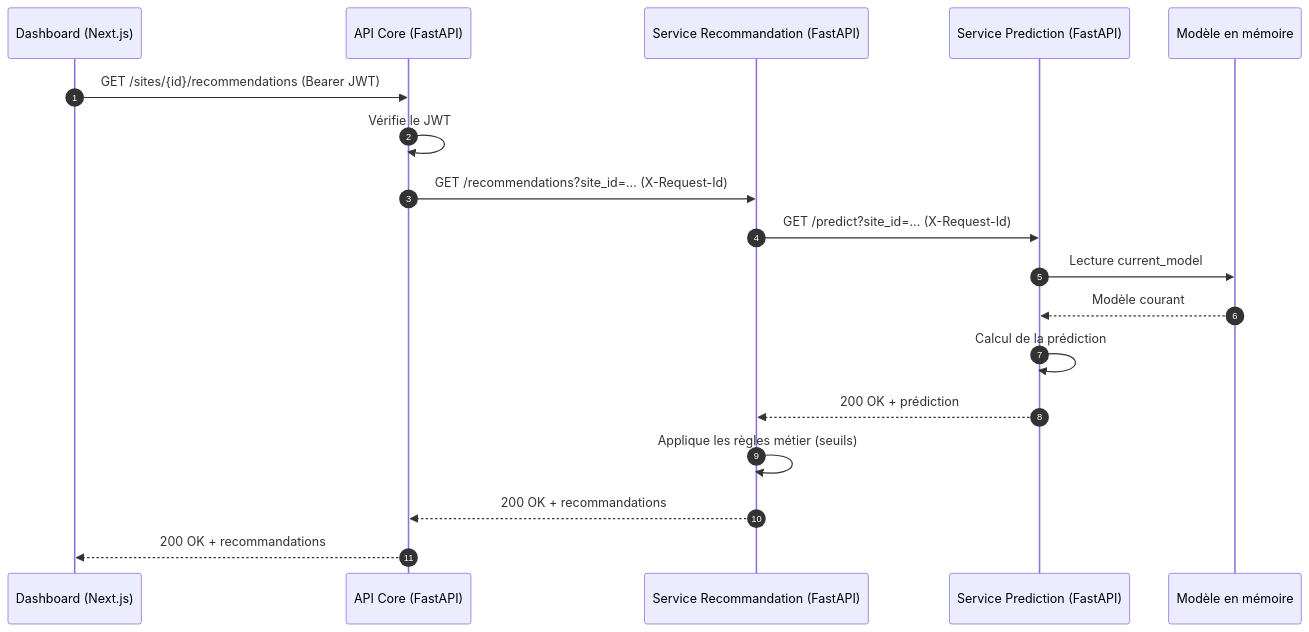
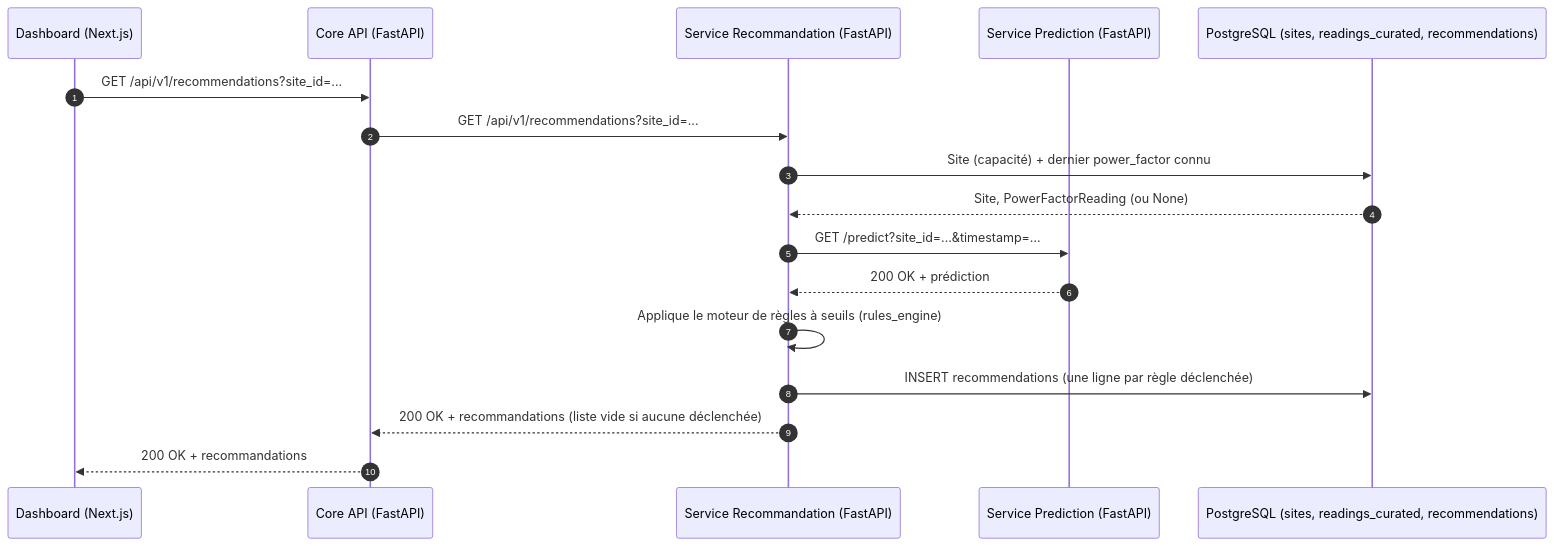
The second of 2 diagrams in docs/seq_predict_call.md (PetitPingu/EnerVision), drawn with Mermaid before and after one commit. The commit also changed other lines of this file and 27 other files, not shown here.

````diff
--- a/docs/seq_predict_call.md
+++ b/docs/seq_predict_call.md
@@ -29,21 +33,20 @@
 ```mermaid
 sequenceDiagram
     autonumber
     participant Client as Dashboard (Next.js)
-    participant Core as API Core (FastAPI)
+    participant Core as Core API (FastAPI)
     participant Reco as Service Recommandation (FastAPI)
     participant Pred as Service Prediction (FastAPI)
-    participant Mem as Modèle en mémoire
- 
-    Client->>Core: GET /sites/{id}/recommendations (Bearer JWT)
-    Core->>Core: Vérifie le JWT
-    Core->>Reco: GET /recommendations?site_id=... (X-Request-Id)
-    Reco->>Pred: GET /predict?site_id=... (X-Request-Id)
-    Pred->>Mem: Lecture current_model
-    Mem-->>Pred: Modèle courant
-    Pred->>Pred: Calcul de la prédiction
+    participant PG as PostgreSQL (sites, readings_curated, recommendations)
+
+    Client->>Core: GET /api/v1/recommendations?site_id=...
+    Core->>Reco: GET /api/v1/recommendations?site_id=...
+    Reco->>PG: Site (capacité) + dernier power_factor connu
+    PG-->>Reco: Site, PowerFactorReading (ou None)
+    Reco->>Pred: GET /predict?site_id=...&timestamp=...
     Pred-->>Reco: 200 OK + prédiction
-    Reco->>Reco: Applique les règles métier (seuils)
-    Reco-->>Core: 200 OK + recommandations
+    Reco->>Reco: Applique le moteur de règles à seuils (rules_engine)
+    Reco->>PG: INSERT recommendations (une ligne par règle déclenchée)
+    Reco-->>Core: 200 OK + recommandations (liste vide si aucune déclenchée)
     Core-->>Client: 200 OK + recommandations
 ```
````
